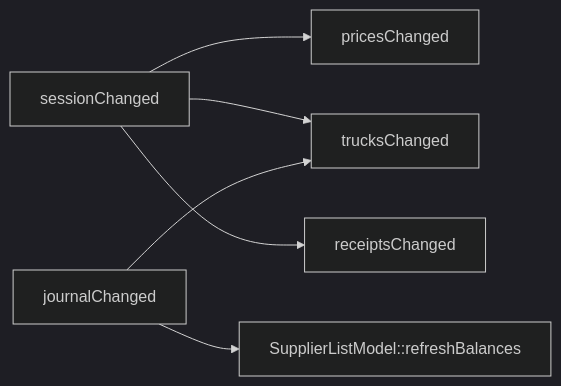
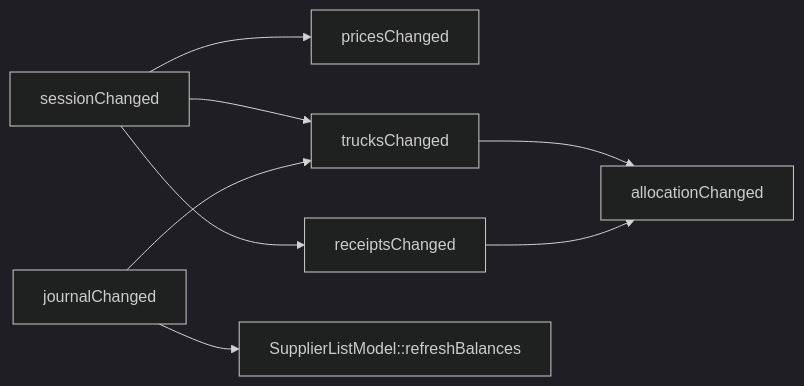
One commit to IsNazarii/Berry-WMS-Terminal changed the diagram in docs/ui.md. Above: the diagram before and after it, drawn with Mermaid (dark theme). The commit also changed other lines of this file and 10 other files, not shown here.

````diff
--- a/docs/ui.md
+++ b/docs/ui.md
@@ -156,8 +178,10 @@
 ```mermaid
 flowchart LR
     S[sessionChanged] --> P[pricesChanged]
     S --> T[trucksChanged]
     S --> R[receiptsChanged]
     J[journalChanged] --> T
     J --> M["SupplierListModel::refreshBalances"]
+    T --> A[allocationChanged]
+    R --> A
 ```
````
